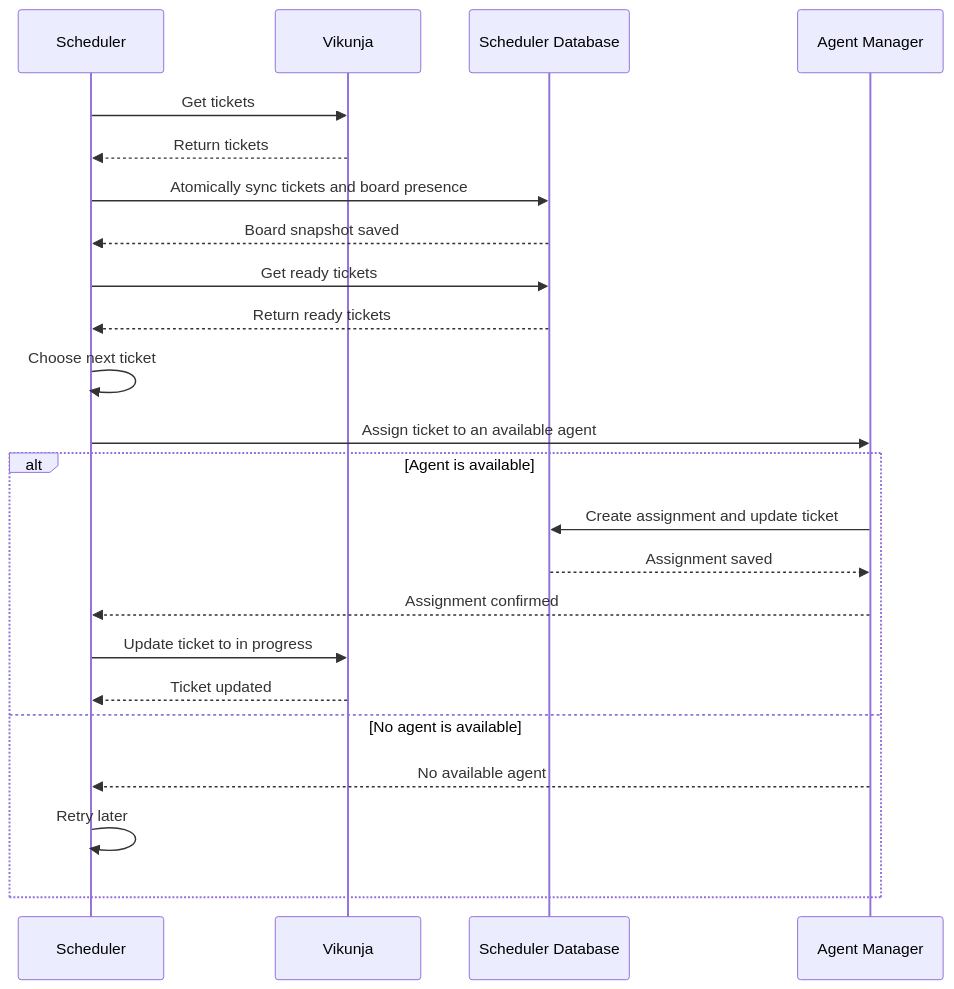
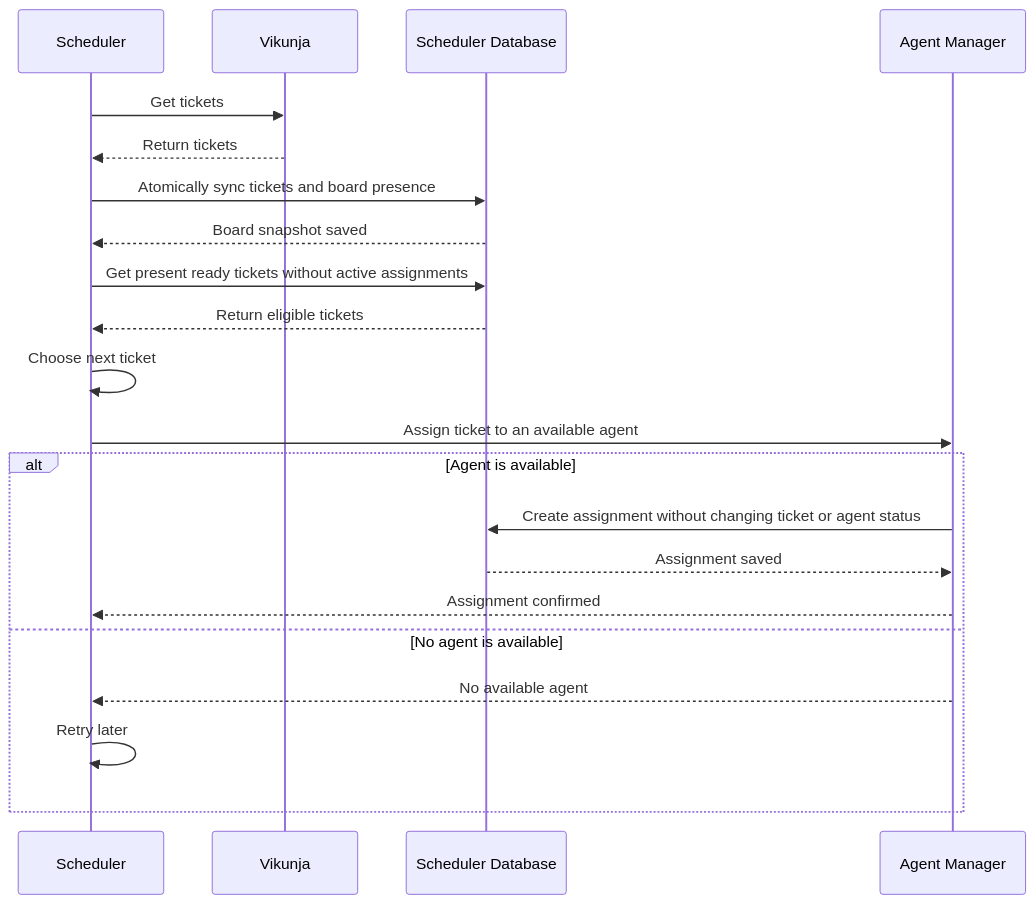
Before and after one commit to lgdelacruz92/agent-team: the diagram in agent-team/apps/scheduler/docs/architecture.comm.md, drawn with Mermaid. The commit also changed 15 other files, not shown here.

````diff
--- a/agent-team/apps/scheduler/docs/architecture.comm.md
+++ b/agent-team/apps/scheduler/docs/architecture.comm.md
@@ -5,30 +5,28 @@
 ```mermaid
 sequenceDiagram
     participant S as Scheduler
     participant V as Vikunja
     participant DB as Scheduler Database
     participant A as Agent Manager
 
     S->>V: Get tickets
     V-->>S: Return tickets
 
     S->>DB: Atomically sync tickets and board presence
     DB-->>S: Board snapshot saved
 
-    S->>DB: Get ready tickets
-    DB-->>S: Return ready tickets
+    S->>DB: Get present ready tickets without active assignments
+    DB-->>S: Return eligible tickets
     S->>S: Choose next ticket
 
     S->>A: Assign ticket to an available agent
 
     alt Agent is available
-        A->>DB: Create assignment and update ticket
+        A->>DB: Create assignment without changing ticket or agent status
         DB-->>A: Assignment saved
         A-->>S: Assignment confirmed
-        S->>V: Update ticket to in progress
-        V-->>S: Ticket updated
     else No agent is available
         A-->>S: No available agent
         S->>S: Retry later
     end
 ```
````
